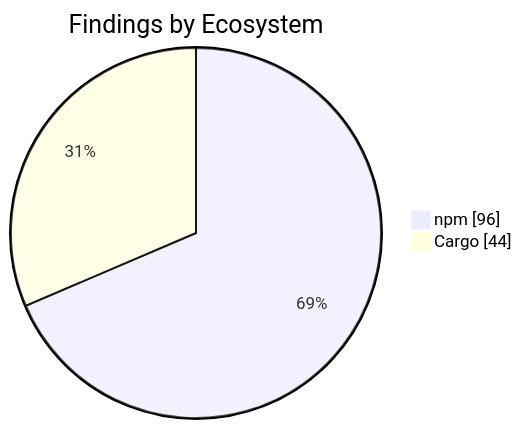
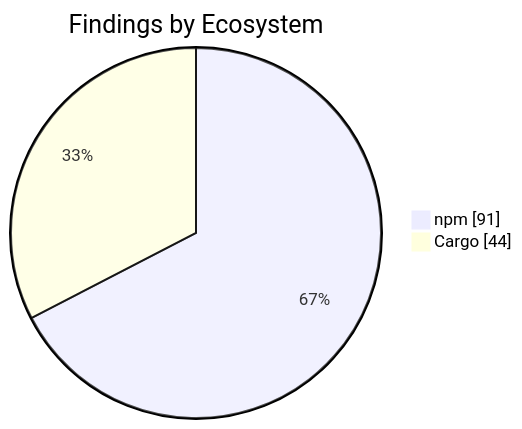
One commit to KBVE/kbve changed the second of 2 diagrams in apps/kbve/astro-kbve/src/content/docs/dashboard/security.mdx. Above: the diagram before and after it, drawn with Mermaid. The commit also changed other lines of this file and 8 other files, not shown here.

````diff
--- a/apps/kbve/astro-kbve/src/content/docs/dashboard/security.mdx
+++ b/apps/kbve/astro-kbve/src/content/docs/dashboard/security.mdx
@@ -73,6 +73,6 @@
 ```mermaid
 pie showData
     title Findings by Ecosystem
-    "npm" : 96
+    "npm" : 91
     "Cargo" : 44
 ```
````
